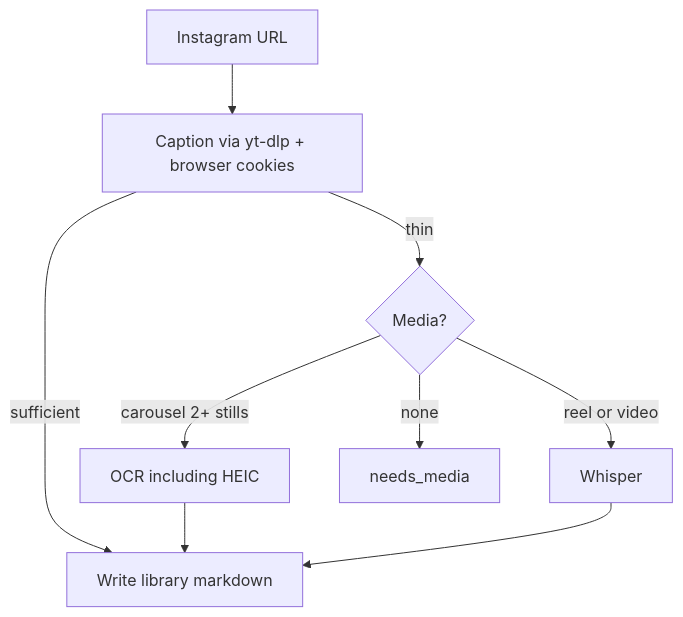
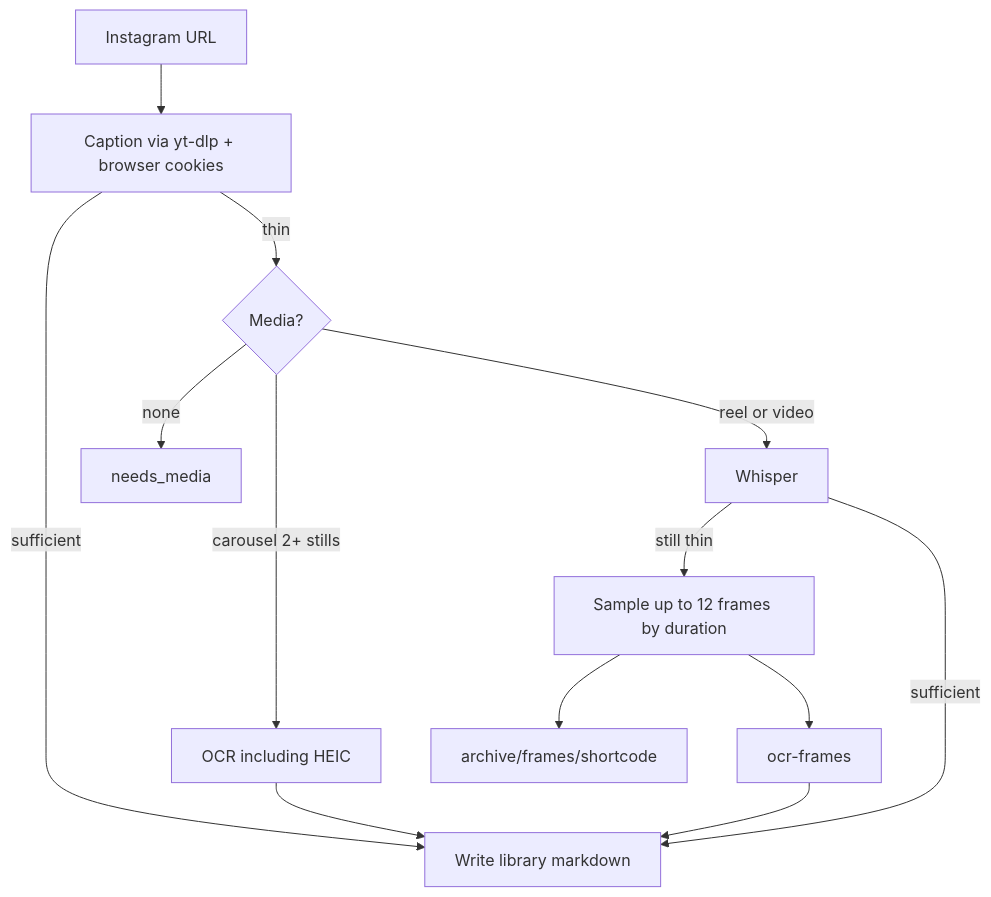
One commit to mark-c-da/gram-gatherer changed the diagram in docs/PATHS.md. Above: the diagram before and after it, drawn with Mermaid. The commit also changed other lines of this file and 8 other files, not shown here.

First line of the commit message:
Add duration-based frame OCR for silent on-screen reels.

````diff
--- a/docs/PATHS.md
+++ b/docs/PATHS.md
@@ -19,11 +19,15 @@
 ```mermaid
 flowchart TD
   url[Instagram URL] --> caption[Caption via yt-dlp + browser cookies]
   caption -->|sufficient| write[Write library markdown]
   caption -->|thin| media{Media?}
   media -->|carousel 2+ stills| ocr[OCR including HEIC]
   media -->|reel or video| whisper[Whisper]
+  whisper -->|still thin| frames[Sample up to 12 frames by duration]
+  frames --> frameOcr[ocr-frames]
+  frames --> archive[archive/frames/shortcode]
   media -->|none| needs[needs_media]
   ocr --> write
-  whisper --> write
+  frameOcr --> write
+  whisper -->|sufficient| write
 ```
````
